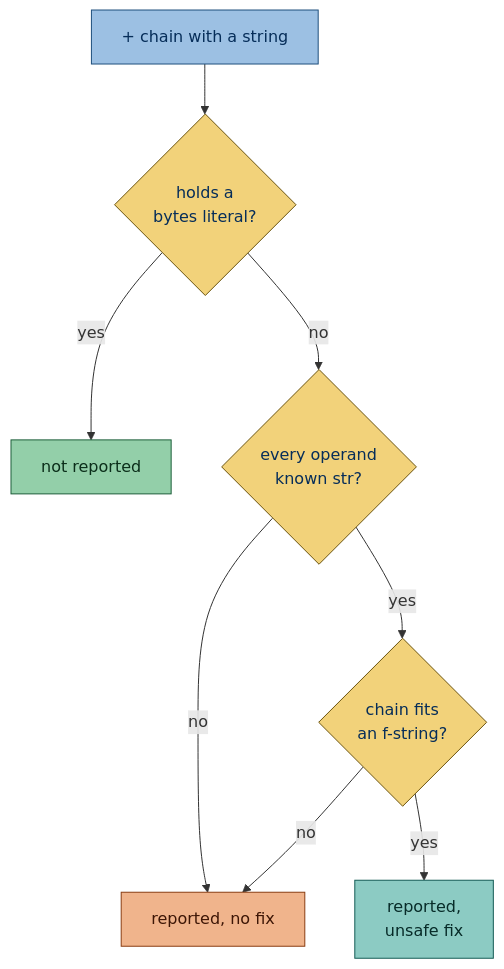
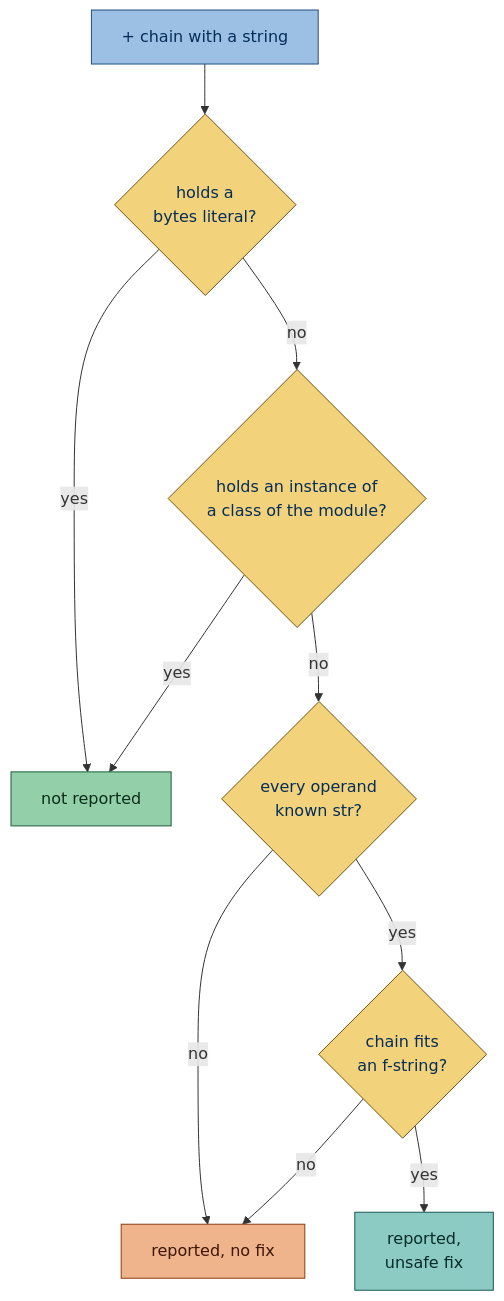
The diagram in src/rules/logic/string_concatenation.md (gaborbernat/simplint), drawn with Mermaid before and after one commit. The commit also changed other lines of this file and 349 other files, not shown here.

````diff
--- a/src/rules/logic/string_concatenation.md
+++ b/src/rules/logic/string_concatenation.md
@@ -109,20 +123,22 @@
 ```mermaid
 flowchart TD
     chain["+ chain with a string"] --> bytes{"holds a<br/>bytes literal?"}
     bytes -->|yes| skip["not reported"]
-    bytes -->|no| known{"every operand<br/>known str?"}
+    bytes -->|no| instance{"holds an instance of<br/>a class of the module?"}
+    instance -->|yes| skip
+    instance -->|no| known{"every operand<br/>known str?"}
     known -->|no| none["reported, no fix"]
     known -->|yes| fits{"chain fits<br/>an f-string?"}
     fits -->|no| none
     fits -->|yes| fix["reported,<br/>unsafe fix"]
     classDef blue fill:#9cc0e3,stroke:#1f4f7d,color:#062d59
     classDef yellow fill:#f2d27a,stroke:#6b5410,color:#062d59
     classDef green fill:#93cfa9,stroke:#1d5e3a,color:#0b2e1a
     classDef teal fill:#8ccbc3,stroke:#145c55,color:#072b28
     classDef orange fill:#f0b48c,stroke:#8a3d12,color:#3d1606
     class chain blue
-    class bytes,known,fits yellow
+    class bytes,instance,known,fits yellow
     class skip green
     class none orange
     class fix teal
 ```
````
